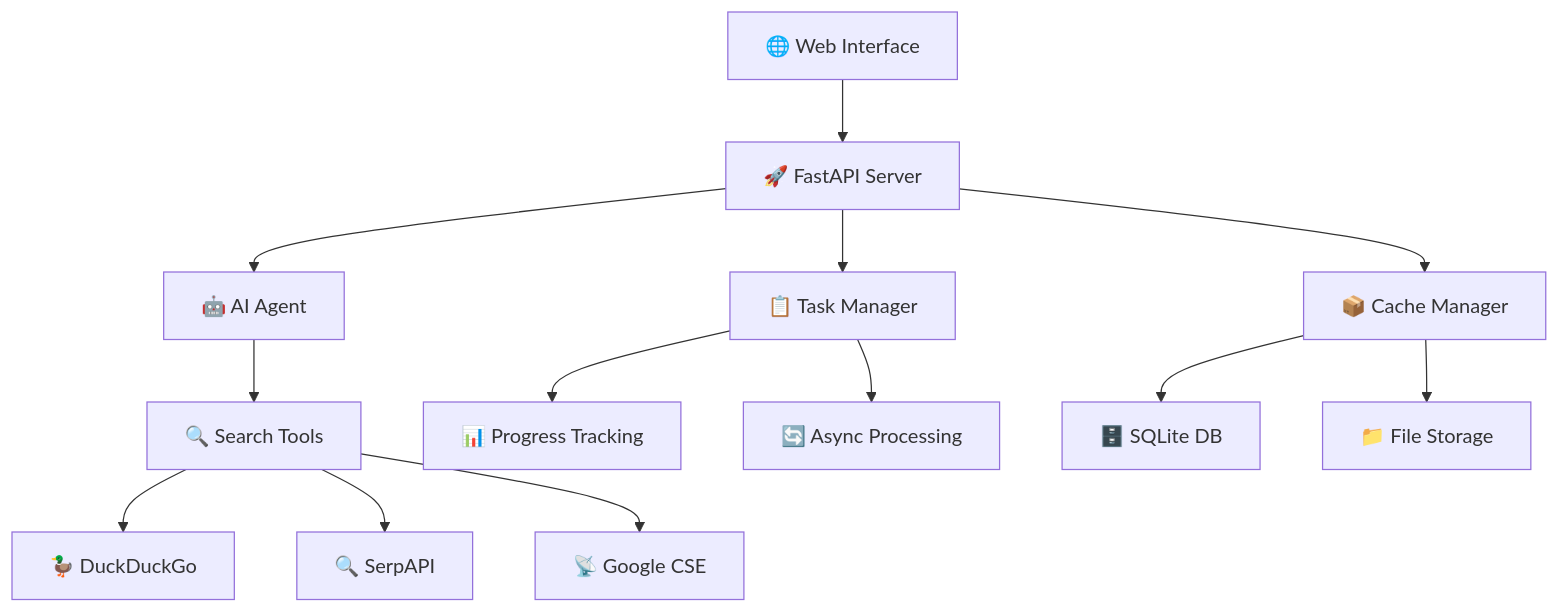
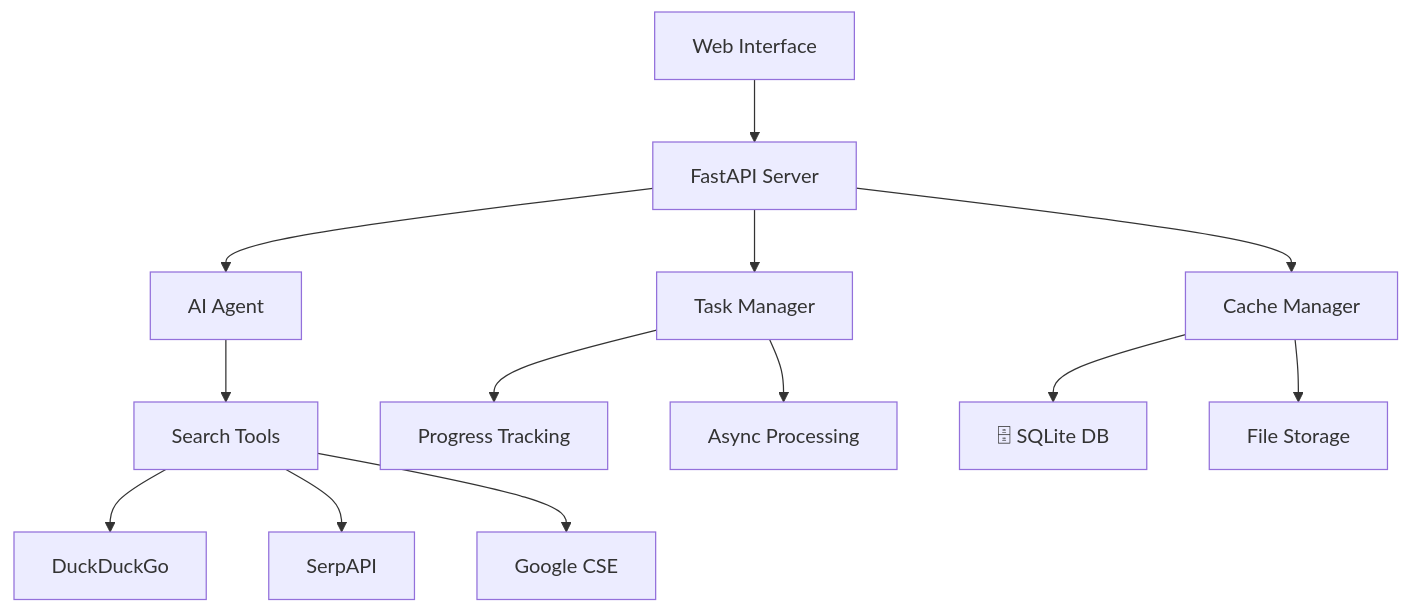
Before and after one commit to DataScientist-CL/AI-RESEARCH-AGENT: the diagram in README.md, drawn with Mermaid. The commit also changed other lines of this file, not shown here.

Commit message:
README.md

````diff
--- a/README.md
+++ b/README.md
@@ -99,18 +99,18 @@
 ```mermaid
 graph TB
-    A[🌐 Web Interface] --> B[🚀 FastAPI Server]
-    B --> C[🤖 AI Agent]
-    B --> D[📋 Task Manager]
-    B --> E[📦 Cache Manager]
+    A[ Web Interface] --> B[ FastAPI Server]
+    B --> C[ AI Agent]
+    B --> D[ Task Manager]
+    B --> E[ Cache Manager]
     
-    C --> F[🔍 Search Tools]
-    F --> G[🦆 DuckDuckGo]
-    F --> H[🔍 SerpAPI]
-    F --> I[📡 Google CSE]
+    C --> F[ Search Tools]
+    F --> G[ DuckDuckGo]
+    F --> H[ SerpAPI]
+    F --> I[ Google CSE]
     
-    D --> J[📊 Progress Tracking]
-    D --> K[🔄 Async Processing]
+    D --> J[ Progress Tracking]
+    D --> K[ Async Processing]
     
-    E --> L[🗄️ SQLite DB]
-    E --> M[📁 File Storage]
+    E --> L[🗄 SQLite DB]
+    E --> M[ File Storage]
 ```
````
